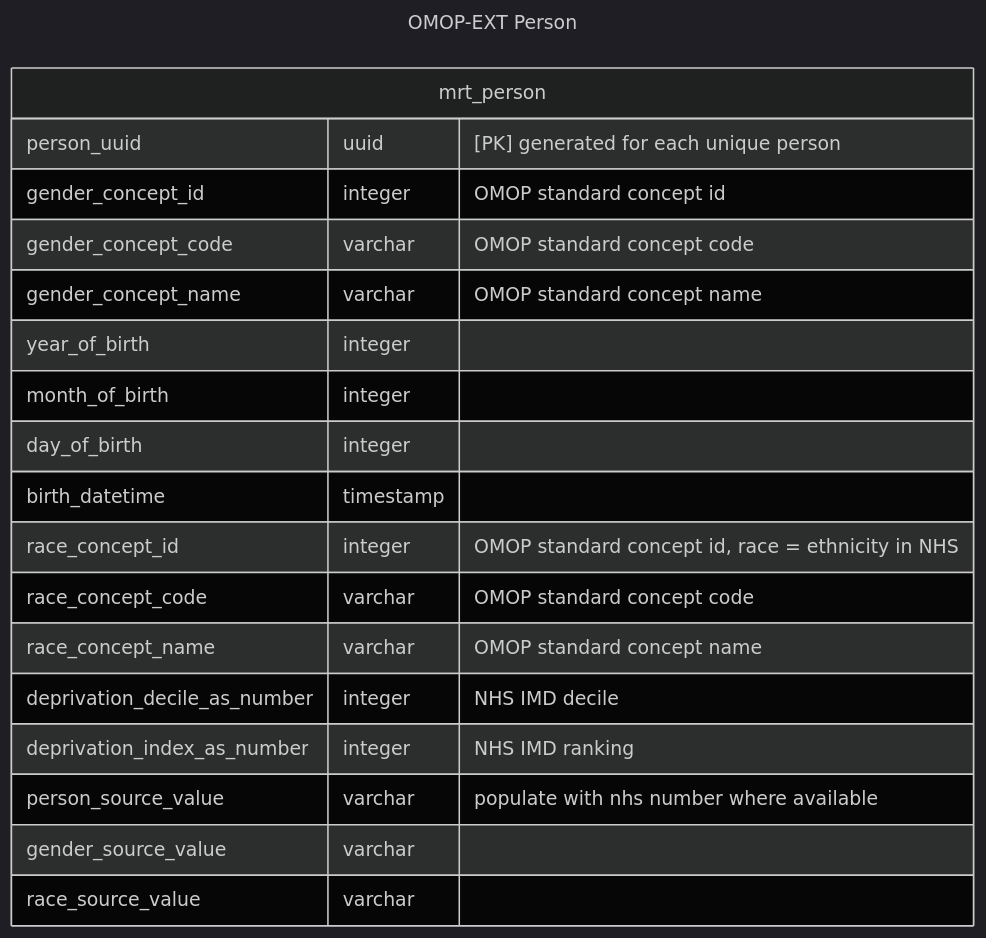
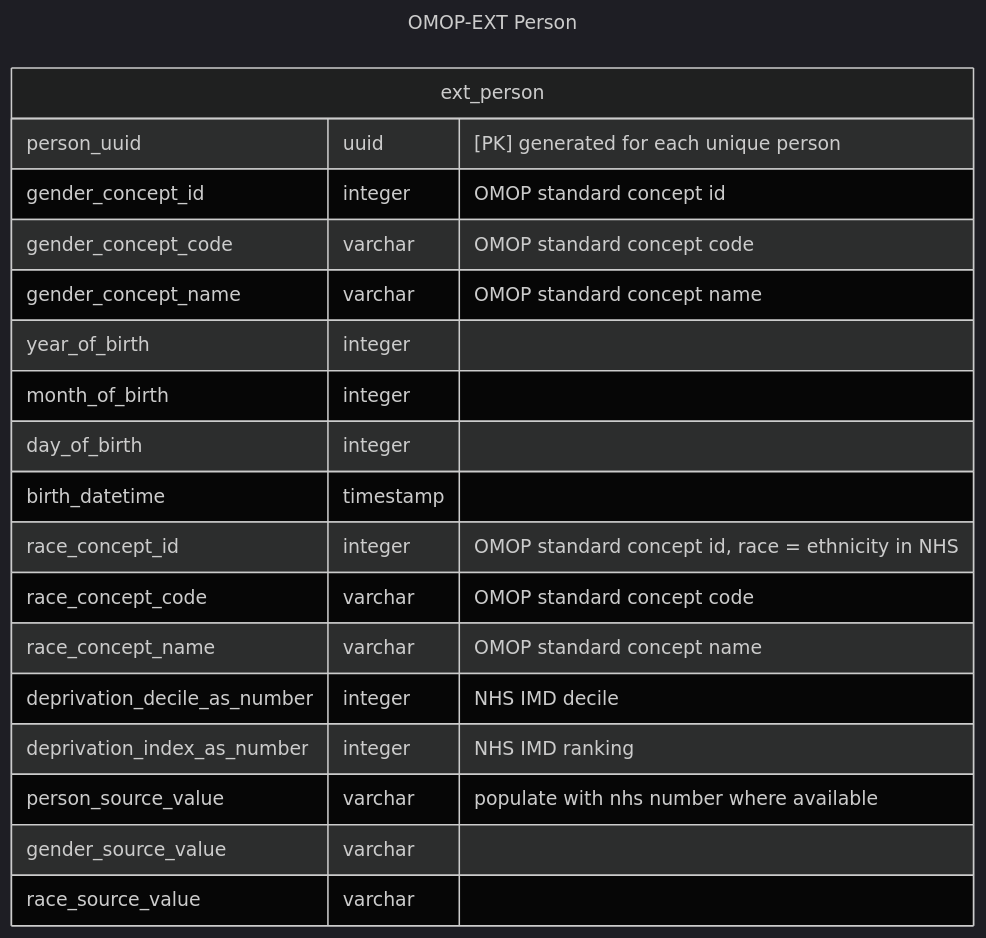
One commit to d3london/sde_aic_external_docs changed the fourth of 5 diagrams in src/pages/data_model/cdm_person.qmd. Above: the diagram before and after it, drawn with Mermaid (dark theme). The commit also changed other lines of this file and 4 other files, not shown here.

````diff
--- a/src/pages/data_model/cdm_person.qmd
+++ b/src/pages/data_model/cdm_person.qmd
@@ -126,24 +126,24 @@
 ```{mermaid}
 ---
 title: OMOP-EXT Person
 ---
 erDiagram
-    mrt_person {
+    ext_person {
         person_uuid uuid "[PK] generated for each unique person"
         gender_concept_id integer "OMOP standard concept id"
         gender_concept_code varchar "OMOP standard concept code"
         gender_concept_name varchar "OMOP standard concept name"
         year_of_birth integer
         month_of_birth integer
         day_of_birth integer
         birth_datetime timestamp
         race_concept_id integer "OMOP standard concept id, race = ethnicity in NHS"
         race_concept_code varchar "OMOP standard concept code"
         race_concept_name varchar "OMOP standard concept name"      
         deprivation_decile_as_number integer "NHS IMD decile"       
         deprivation_index_as_number integer "NHS IMD ranking"
         person_source_value varchar "populate with nhs number where available"
         gender_source_value varchar
         race_source_value varchar
     }
 ```
````
